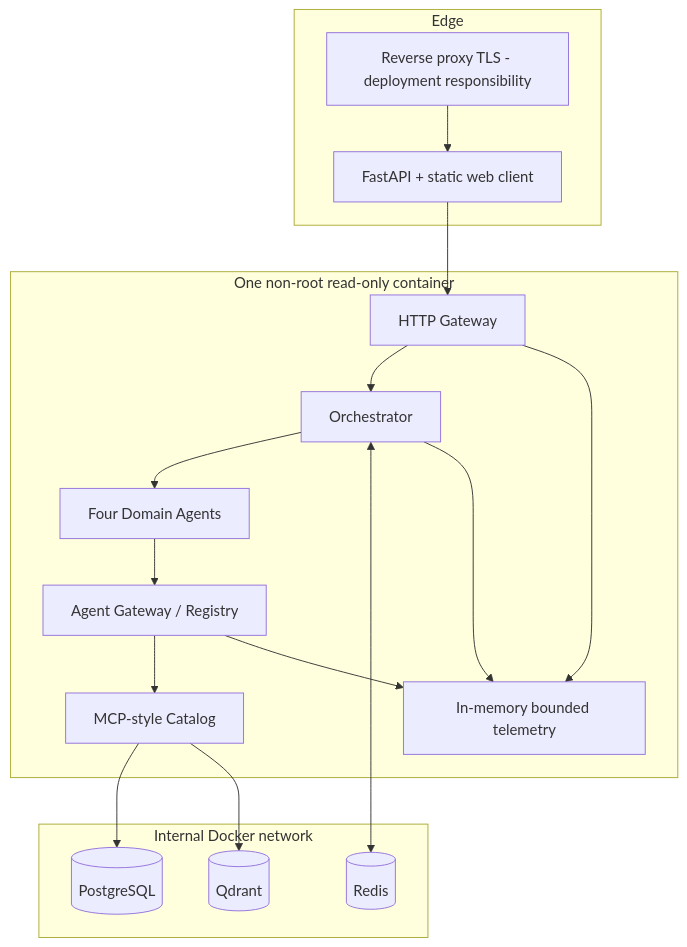
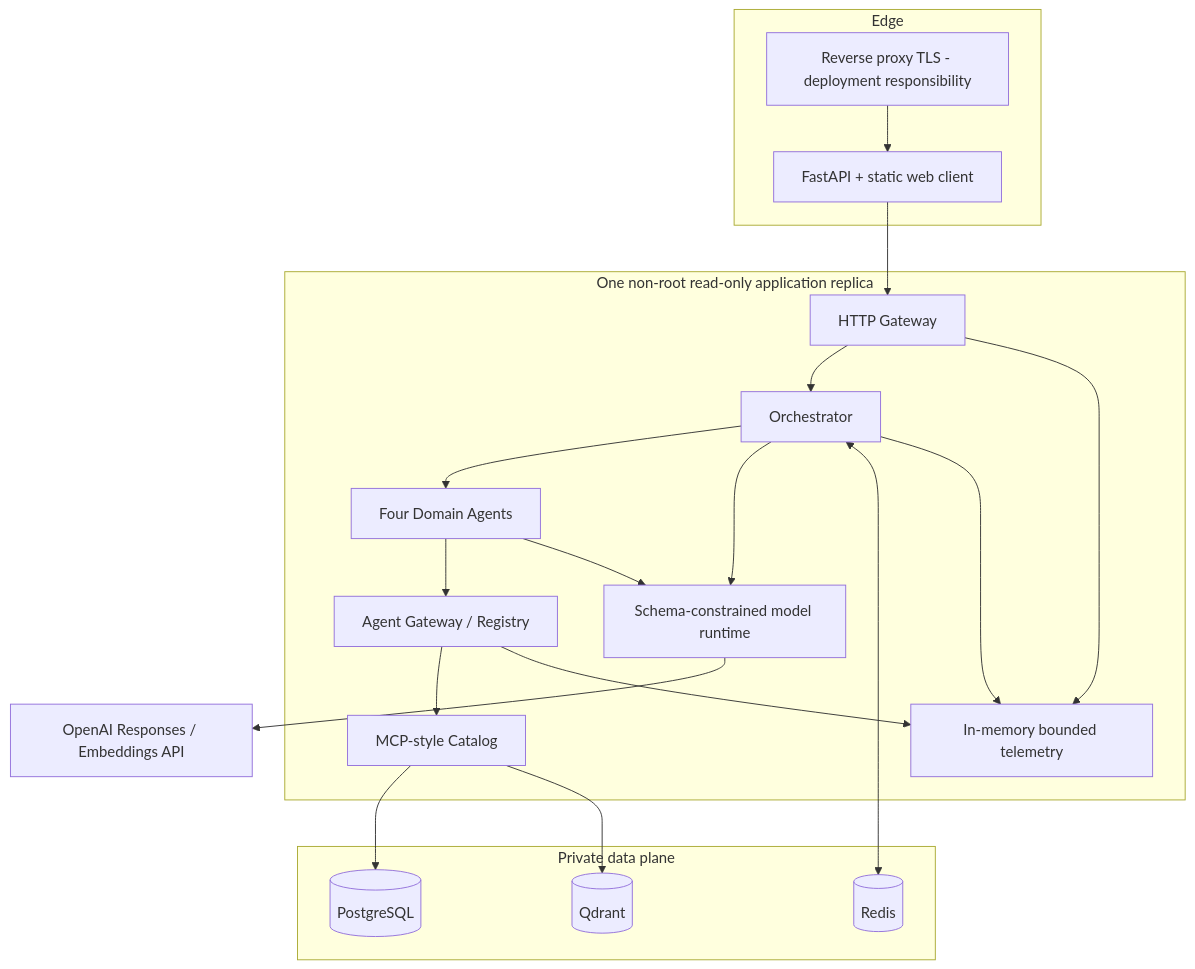
One commit to Thanh281105/multi-agent-system changed the first of 2 diagrams in docs/architecture.md. Above: the diagram before and after it, drawn with Mermaid. The commit also changed other lines of this file and 2 other files, not shown here.

First line of the commit message:
docs(architecture): align the hybrid model system

````diff
--- a/docs/architecture.md
+++ b/docs/architecture.md
@@ -33,28 +33,32 @@
 ```mermaid
 flowchart TB
     subgraph Edge
         RP[Reverse proxy TLS - deployment responsibility]
         API[FastAPI + static web client]
     end
 
-    subgraph Application[One non-root read-only container]
+    subgraph Application[One non-root read-only application replica]
         GW[HTTP Gateway]
         ORCH[Orchestrator]
         DOM[Four Domain Agents]
         AG[Agent Gateway / Registry]
         CAT[MCP-style Catalog]
+        MODEL[Schema-constrained model runtime]
         TEL[In-memory bounded telemetry]
     end
 
-    subgraph Data[Internal Docker network]
+    subgraph Data[Private data plane]
         PG[(PostgreSQL)]
         REDIS[(Redis)]
         QD[(Qdrant)]
     end
 
+    OA[OpenAI Responses / Embeddings API]
+
     RP --> API --> GW --> ORCH --> DOM --> AG --> CAT
     CAT --> PG
     CAT --> QD
+    ORCH & DOM --> MODEL --> OA
     ORCH <--> REDIS
     GW & ORCH & AG --> TEL
 ```
````
